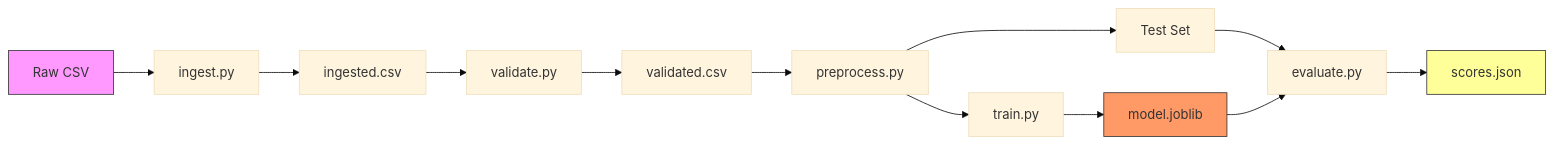
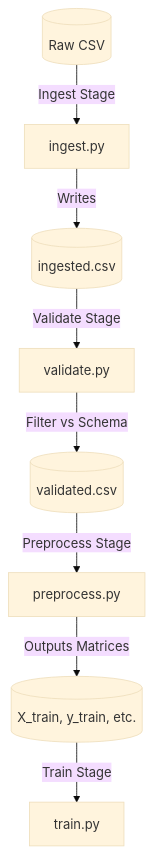
One commit to iammohith/MLOps-System-For-Clinical-Treatment-Outcome-Prediction changed the diagram in pipelines/README.md. Above: the diagram before and after it, drawn with Mermaid (base theme). The commit also changed other lines of this file and 19 other files, not shown here.

````diff
--- a/pipelines/README.md
+++ b/pipelines/README.md
@@ -23,18 +40,10 @@
 ```mermaid
-graph LR
-    Raw[Raw CSV] --> Ingest
-    Ingest[ingest.py] --> Ingested[ingested.csv]
-    Ingested --> Validate
-    Validate[validate.py] --> Validated[validated.csv]
-    Validated --> Preprocess
-    Preprocess[preprocess.py] --> Train
-    Preprocess --> Test[Test Set]
-    Train[train.py] --> Model[model.joblib]
-    Test --> Evaluate
-    Model --> Evaluate
-    Evaluate[evaluate.py] --> Metrics[scores.json]
-
-    style Raw fill:#f9f,stroke:#333
-    style Model fill:#f96,stroke:#333
-    style Metrics fill:#ff9,stroke:#333
+graph TD
+    Raw[(Raw CSV)] -->|Ingest Stage| Ingest[ingest.py]
+    Ingest -->|Writes| Ingested[(ingested.csv)]
+    Ingested -->|Validate Stage| Validate[validate.py]
+    Validate -->|Filter vs Schema| Validated[(validated.csv)]
+    Validated -->|Preprocess Stage| Preproc[preprocess.py]
+    Preproc -->|Outputs Matrices| X_train[(X_train, y_train, etc.)]
+    X_train -->|Train Stage| Train[train.py]
 ```
````
